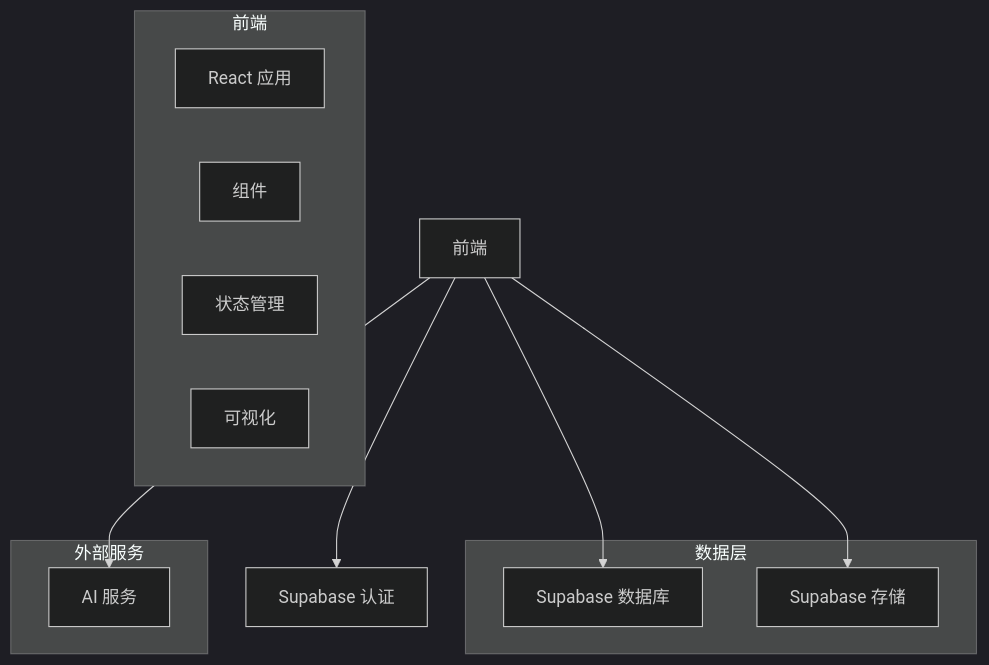
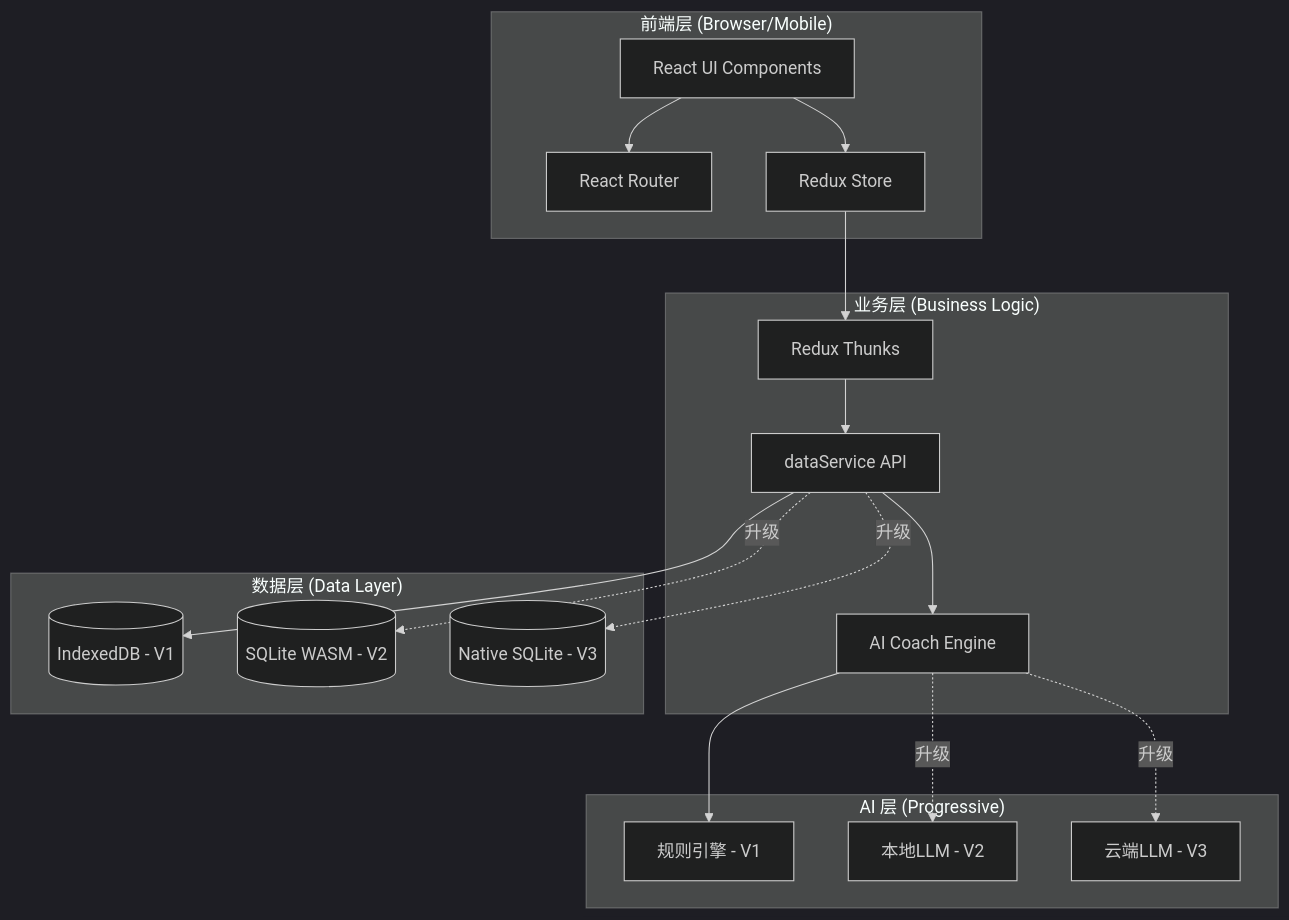
One commit to Thy985/GrowthOS changed the first of 2 diagrams in GrowthOS_Technical_Architecture.md. Above: the diagram before and after it, drawn with Mermaid (dark theme). The commit also changed other lines of this file and 189 other files, not shown here.

````diff
--- a/GrowthOS_Technical_Architecture.md
+++ b/GrowthOS_Technical_Architecture.md
@@ -2,23 +43,38 @@
 ```mermaid
-flowchart TD
-    A[前端] --> B[Supabase 认证]
-    A --> C[Supabase 数据库]
-    A --> D[Supabase 存储]
-    A --> E[AI 服务]
-    
-    subgraph 前端
-        F[React 应用]
-        G[组件]
-        H[状态管理]
-        I[可视化]
+flowchart TB
+    subgraph "前端层 (Browser/Mobile)"
+        UI[React UI Components]
+        Router[React Router]
+        Store[Redux Store]
     end
-    
-    subgraph 数据层
-        C
-        D
+
+    subgraph "业务层 (Business Logic)"
+        Thunks[Redux Thunks]
+        Services[dataService API]
+        AI[AI Coach Engine]
     end
-    
-    subgraph 外部服务
-        E
+
+    subgraph "数据层 (Data Layer)"
+        IndexedDB[(IndexedDB - V1)]
+        SQLiteWASM[(SQLite WASM - V2)]
+        NativeSQLite[(Native SQLite - V3)]
     end
+
+    subgraph "AI 层 (Progressive)"
+        RuleEngine[规则引擎 - V1]
+        LocalLLM[本地LLM - V2]
+        CloudLLM[云端LLM - V3]
+    end
+
+    UI --> Router
+    UI --> Store
+    Store --> Thunks
+    Thunks --> Services
+    Services --> IndexedDB
+    Services -.升级.-> SQLiteWASM
+    Services -.升级.-> NativeSQLite
+    Services --> AI
+    AI --> RuleEngine
+    AI -.升级.-> LocalLLM
+    AI -.升级.-> CloudLLM
 ```
````
